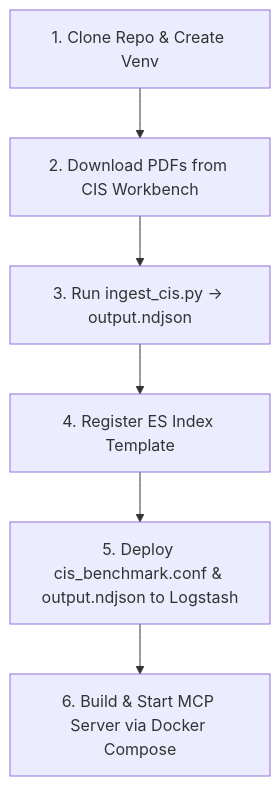
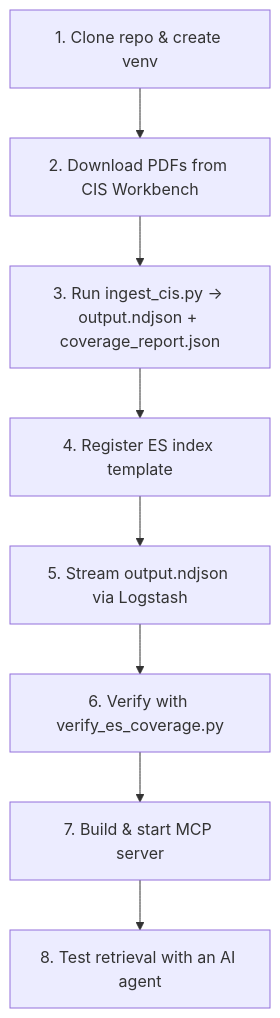
Before and after one commit to muhammadnourmanhadi/cis-benchmark-mcp-rag: the diagram in README.md, drawn with Mermaid. The commit also changed other lines of this file and 1 other file, not shown here.

First line of the commit message:
Rewrite README for the current pipeline; add retrieval test picker

````diff
--- a/README.md
+++ b/README.md
@@ -87,8 +94,10 @@
 ```mermaid
 graph TD
-    A[1. Clone Repo & Create Venv] --> B[2. Download PDFs from CIS Workbench]
-    B --> C[3. Run ingest_cis.py → output.ndjson]
-    C --> D[4. Register ES Index Template]
-    D --> E[5. Deploy cis_benchmark.conf & output.ndjson to Logstash]
-    E --> F[6. Build & Start MCP Server via Docker Compose]
+    A[1. Clone repo & create venv] --> B[2. Download PDFs from CIS Workbench]
+    B --> C[3. Run ingest_cis.py → output.ndjson + coverage_report.json]
+    C --> D[4. Register ES index template]
+    D --> E[5. Stream output.ndjson via Logstash]
+    E --> F[6. Verify with verify_es_coverage.py]
+    F --> G[7. Build & start MCP server]
+    G --> H[8. Test retrieval with an AI agent]
 ```
````
